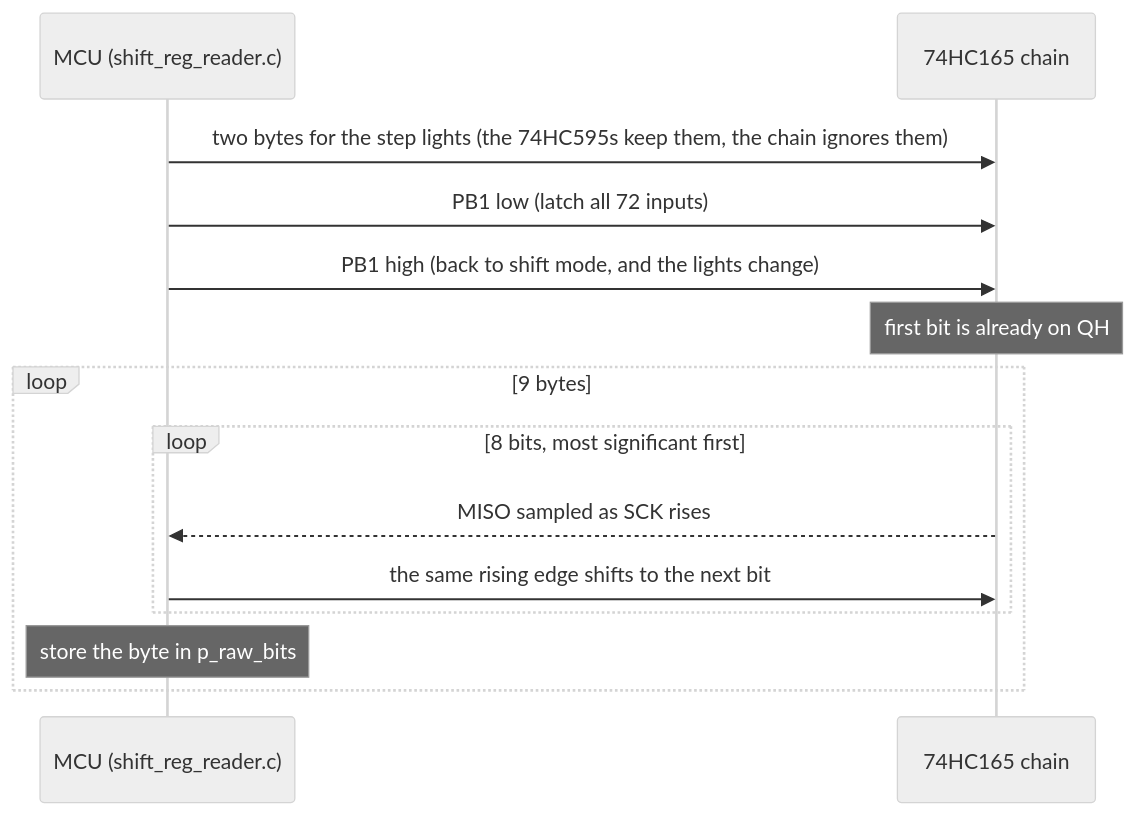
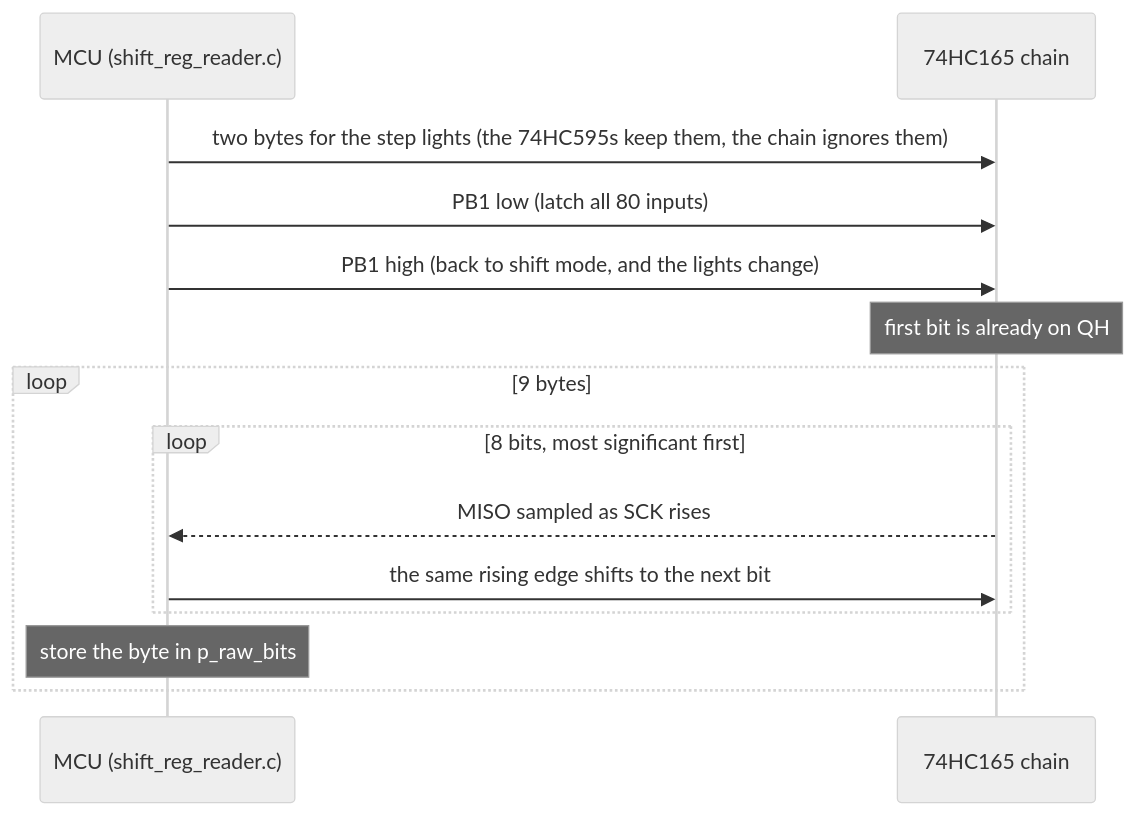
Before and after one commit to BonelessPig/nano_sequencer: diagram 19 of 29 in docs/ARCHITECTURE.md, drawn with Mermaid (neutral theme). The commit also changed other lines of this file and 3 other files, not shown here.

````diff
--- a/docs/ARCHITECTURE.md
+++ b/docs/ARCHITECTURE.md
@@ -941,16 +1005,16 @@
 ```mermaid
 sequenceDiagram
     participant M as MCU (shift_reg_reader.c)
     participant C as 74HC165 chain
     M->>C: two bytes for the step lights (the 74HC595s keep them, the chain ignores them)
-    M->>C: PB1 low (latch all 72 inputs)
+    M->>C: PB1 low (latch all 80 inputs)
     M->>C: PB1 high (back to shift mode, and the lights change)
     Note over C: first bit is already on QH
     loop 9 bytes
         loop 8 bits, most significant first
             C-->>M: MISO sampled as SCK rises
             M->>C: the same rising edge shifts to the next bit
         end
         Note over M: store the byte in p_raw_bits
     end
 ```
````
